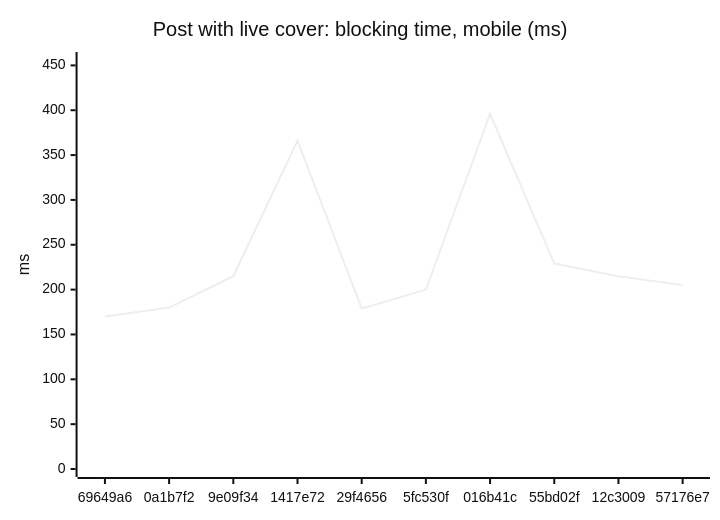
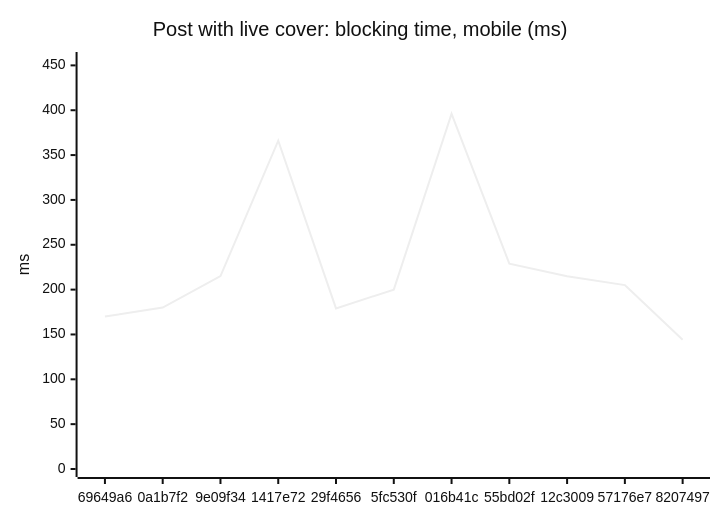
One commit to AxelUser/maltsev.space changed diagram 14 of 18 in README.md. Above: the diagram before and after it, drawn with Mermaid (neutral theme). The commit also changed other lines of this file and 1 other file, not shown here.

````diff
--- a/README.md
+++ b/README.md
@@ -151,7 +151,7 @@
 ```mermaid
 xychart-beta
   title "Post with live cover: blocking time, mobile (ms)"
-  x-axis ["69649a6", "0a1b7f2", "9e09f34", "1417e72", "29f4656", "5fc530f", "016b41c", "55bd02f", "12c3009", "57176e7"]
+  x-axis ["69649a6", "0a1b7f2", "9e09f34", "1417e72", "29f4656", "5fc530f", "016b41c", "55bd02f", "12c3009", "57176e7", "8207497"]
   y-axis "ms" 0 --> 456
-  line [170, 180, 215, 366, 179, 200, 396, 229, 215, 205]
+  line [170, 180, 215, 366, 179, 200, 396, 229, 215, 205, 144]
 ```
````
